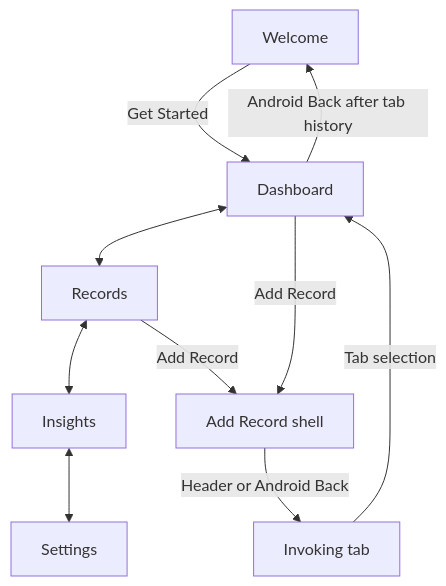
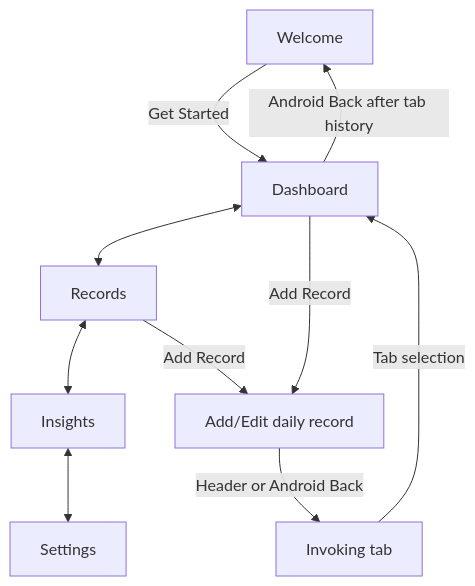
Before and after one commit to Naafeel/healthmate-mobile-app: the first of 2 diagrams in docs/architecture.md, drawn with Mermaid. The commit also changed other lines of this file and 17 other files, not shown here.

```diff
--- a/docs/architecture.md
+++ b/docs/architecture.md
@@ -46,12 +47,12 @@
 ~~~mermaid
 flowchart TD
   W[Welcome] -->|Get Started| D[Dashboard]
   D <--> R[Records]
   R <--> I[Insights]
   I <--> S[Settings]
-  D -->|Add Record| A[Add Record shell]
+  D -->|Add Record| A[Add/Edit daily record]
   R -->|Add Record| A
   A -->|Header or Android Back| T[Invoking tab]
   T -->|Tab selection| D
   D -->|Android Back after tab history| W
 ~~~
```
